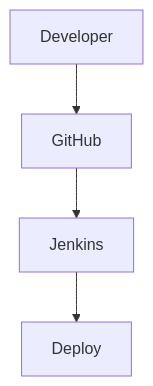
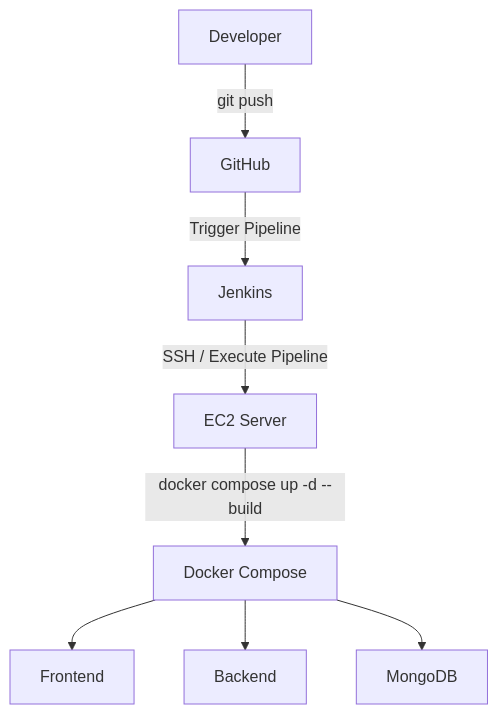
The first of 2 diagrams in README.md (tnien/devops_cuoikhoa), drawn with Mermaid before and after one commit.

Commit message:
Enhance CI/CD workflow diagram in README
Updated CI/CD workflow diagram to include EC2 Server, Docker Compose, Frontend, Backend, and MongoDB.

````diff
--- a/README.md
+++ b/README.md
@@ -67,6 +65,19 @@
 ```mermaid
 flowchart TD
-    A[Developer] --> B[GitHub]
-    B --> C[Jenkins]
-    C --> D[Deploy]
+    A[Developer]
+    B[GitHub]
+    C[Jenkins]
+    D[EC2 Server]
+    E[Docker Compose]
+    F[Frontend]
+    G[Backend]
+    H[MongoDB]
+
+    A -->|git push| B
+    B -->|Trigger Pipeline| C
+    C -->|SSH / Execute Pipeline| D
+    D -->|docker compose up -d --build| E
+    E --> F
+    E --> G
+    E --> H
 ```
````
